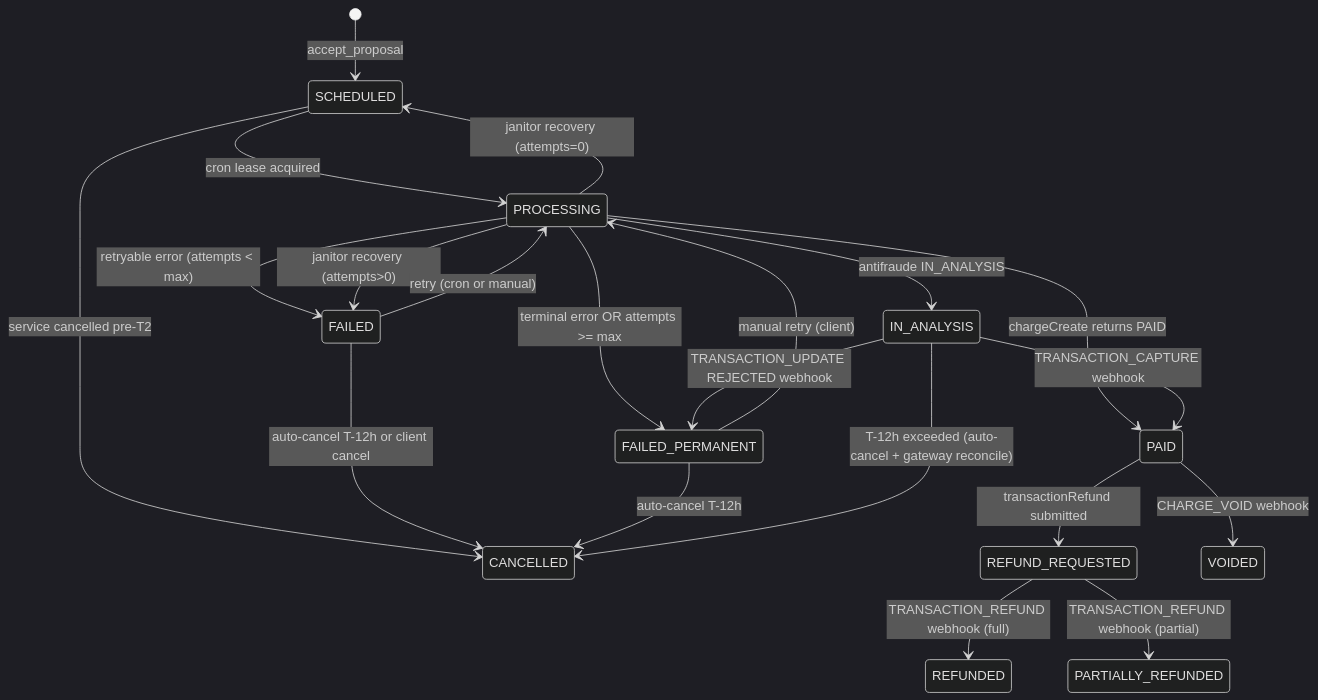
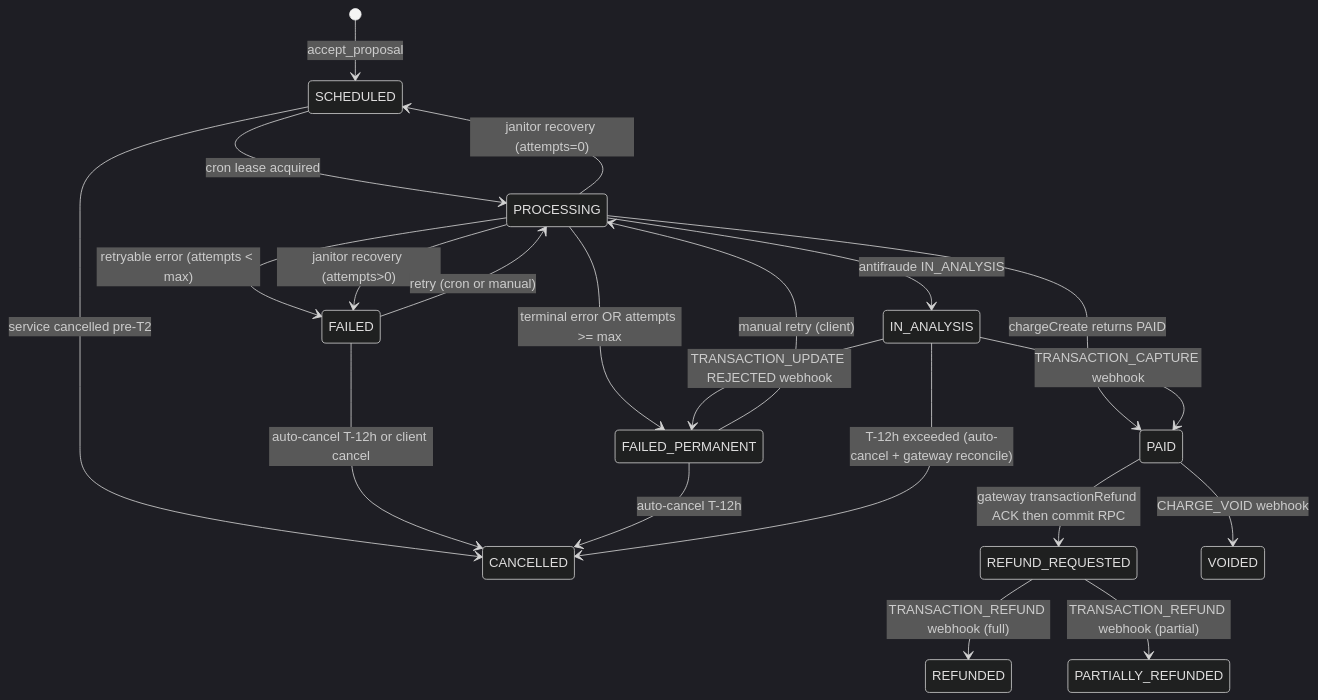
One commit to higorpo/renovi-orbit-test changed the fourth of 18 diagrams in docs/payment-system/design.md. Above: the diagram before and after it, drawn with Mermaid (dark theme). The commit also changed other lines of this file and 43 other files, not shown here.

First line of the commit message:
Refactor refund process to implement gateway-first approach

````diff
--- a/docs/payment-system/design.md
+++ b/docs/payment-system/design.md
@@ -310,23 +310,23 @@
 ```mermaid
 stateDiagram-v2
     [*] --> SCHEDULED: accept_proposal
     SCHEDULED --> PROCESSING: cron lease acquired
     SCHEDULED --> CANCELLED: service cancelled pre-T2
     PROCESSING --> PAID: chargeCreate returns PAID
     PROCESSING --> IN_ANALYSIS: antifraude IN_ANALYSIS
     PROCESSING --> FAILED: retryable error (attempts < max)
     PROCESSING --> FAILED_PERMANENT: terminal error OR attempts >= max
     PROCESSING --> SCHEDULED: janitor recovery (attempts=0)
     PROCESSING --> FAILED: janitor recovery (attempts>0)
     FAILED --> PROCESSING: retry (cron or manual)
     FAILED --> CANCELLED: auto-cancel T-12h or client cancel
     FAILED_PERMANENT --> PROCESSING: manual retry (client)
     FAILED_PERMANENT --> CANCELLED: auto-cancel T-12h
     IN_ANALYSIS --> PAID: TRANSACTION_CAPTURE webhook
     IN_ANALYSIS --> FAILED_PERMANENT: TRANSACTION_UPDATE REJECTED webhook
     IN_ANALYSIS --> CANCELLED: T-12h exceeded (auto-cancel + gateway reconcile)
-    PAID --> REFUND_REQUESTED: transactionRefund submitted
+    PAID --> REFUND_REQUESTED: gateway transactionRefund ACK then commit RPC
     PAID --> VOIDED: CHARGE_VOID webhook
     REFUND_REQUESTED --> REFUNDED: TRANSACTION_REFUND webhook (full)
     REFUND_REQUESTED --> PARTIALLY_REFUNDED: TRANSACTION_REFUND webhook (partial)
 ```
````
